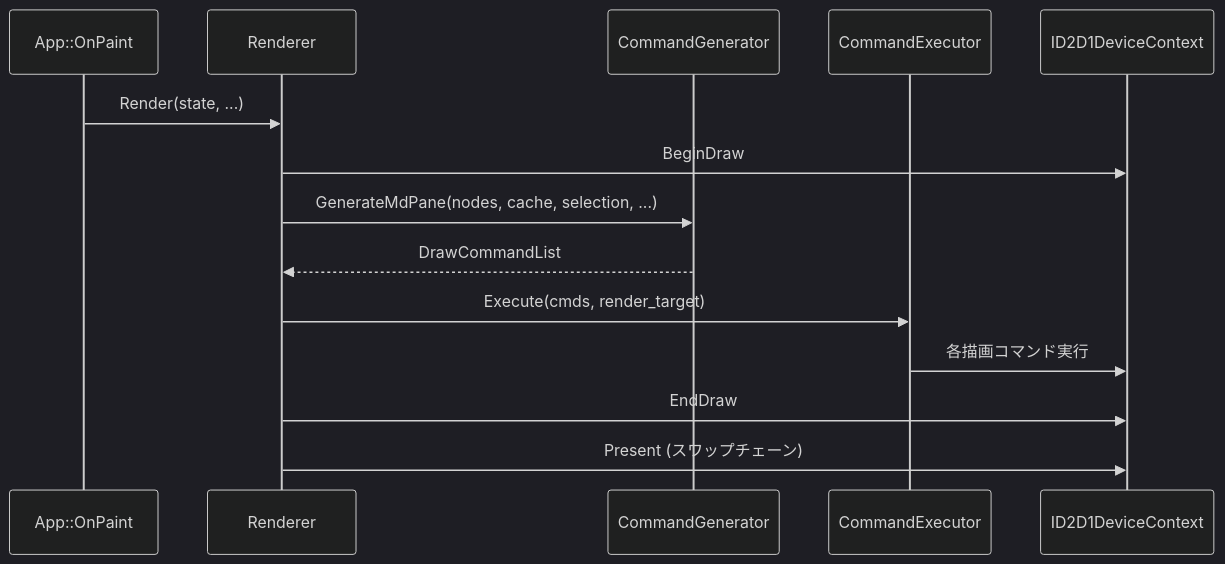
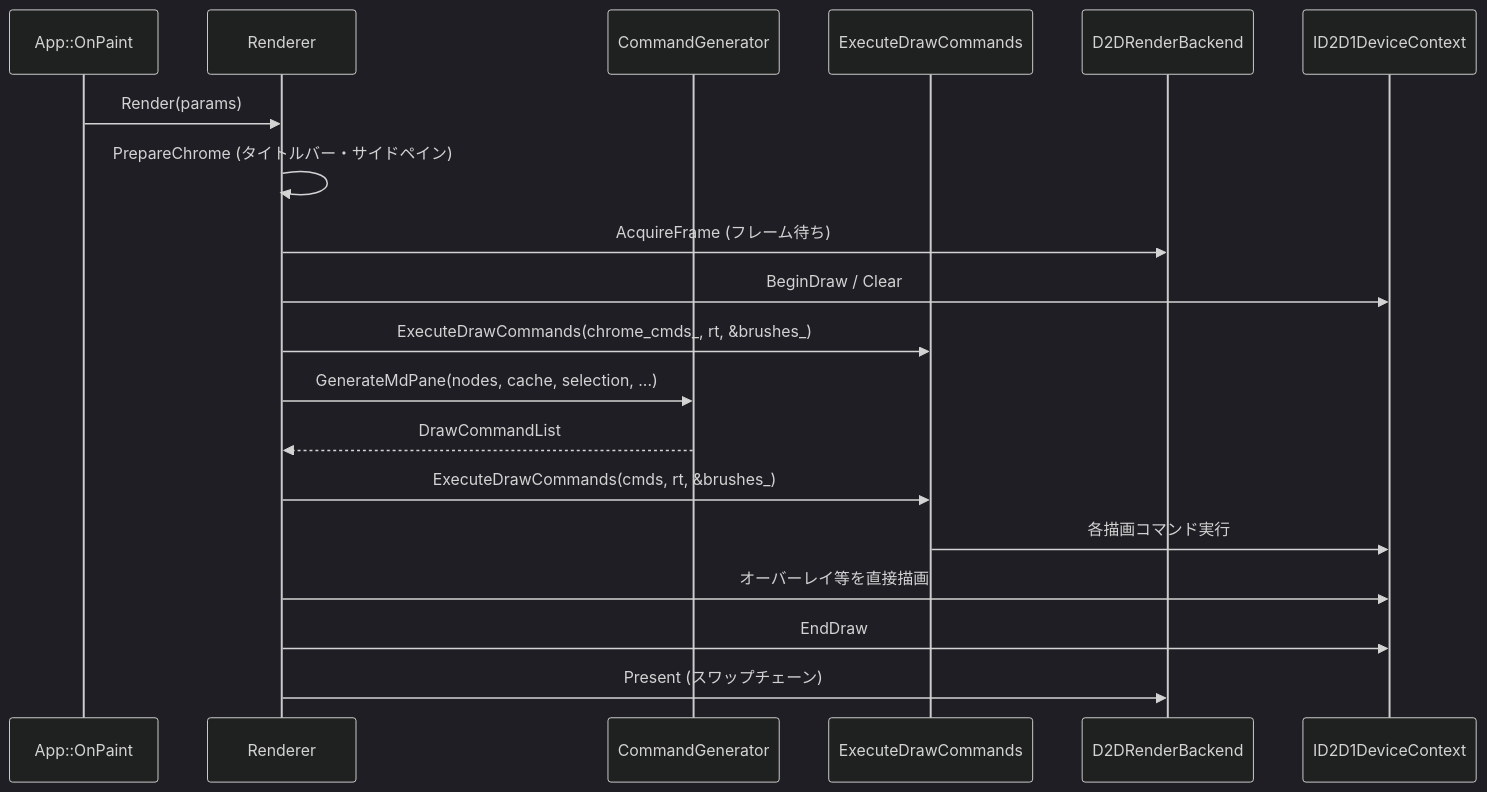
The eighth of 27 diagrams in example/test.md (tanaton/mendo), drawn with Mermaid (dark theme) before and after one commit. The commit also changed other lines of this file and 2 other files, not shown here.

````diff
--- a/example/test.md
+++ b/example/test.md
@@ -1014,17 +1053,22 @@
 ```mermaid
 sequenceDiagram
     participant APP as App::OnPaint
     participant R as Renderer
     participant CG as CommandGenerator
-    participant CE as CommandExecutor
+    participant CE as ExecuteDrawCommands
+    participant BE as D2DRenderBackend
     participant RT as ID2D1DeviceContext
 
-    APP->>R: Render(state, ...)
-    R->>RT: BeginDraw
+    APP->>R: Render(params)
+    R->>R: PrepareChrome (タイトルバー・サイドペイン)
+    R->>BE: AcquireFrame (フレーム待ち)
+    R->>RT: BeginDraw / Clear
+    R->>CE: ExecuteDrawCommands(chrome_cmds_, rt, &brushes_)
     R->>CG: GenerateMdPane(nodes, cache, selection, ...)
     CG-->>R: DrawCommandList
-    R->>CE: Execute(cmds, render_target)
+    R->>CE: ExecuteDrawCommands(cmds, rt, &brushes_)
     CE->>RT: 各描画コマンド実行
+    R->>RT: オーバーレイ等を直接描画
     R->>RT: EndDraw
-    R->>RT: Present (スワップチェーン)
+    R->>BE: Present (スワップチェーン)
 ```
````
